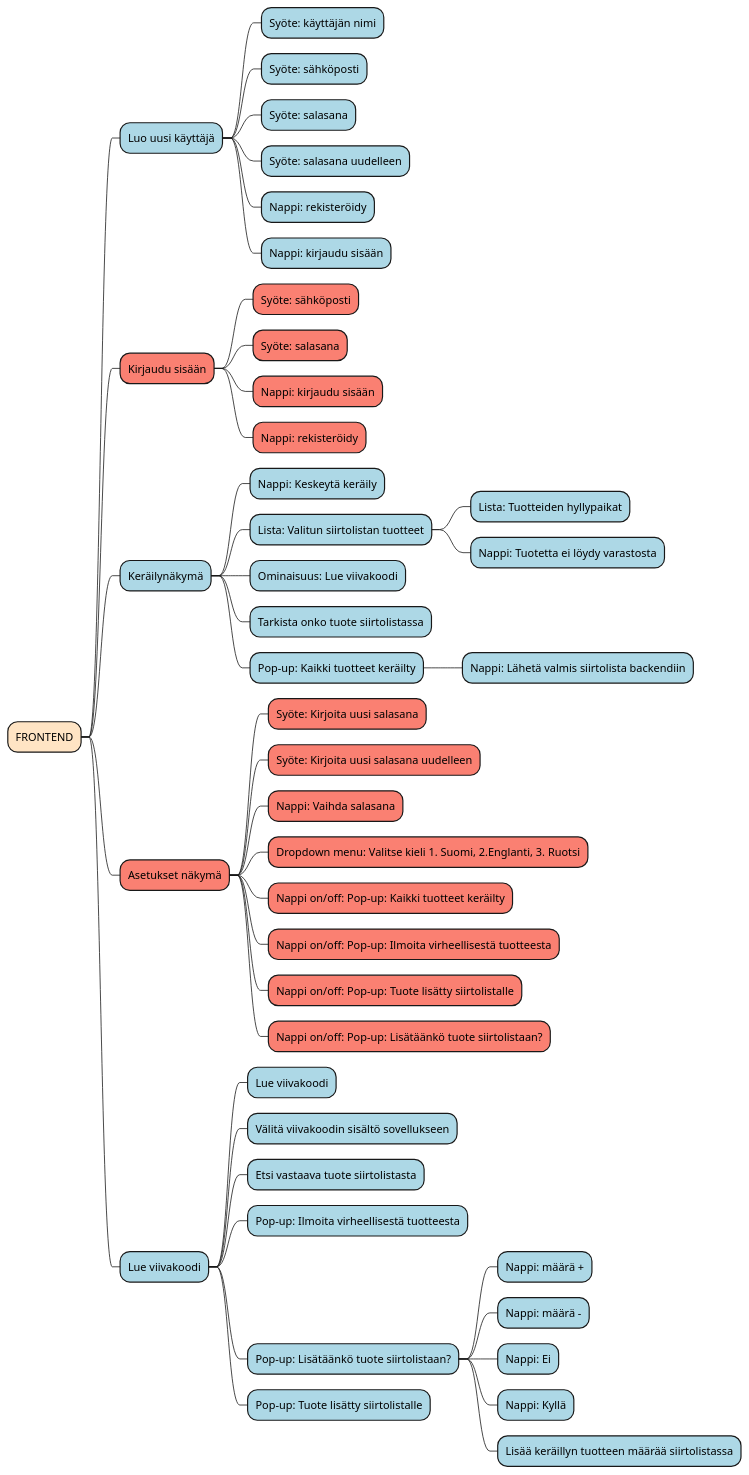
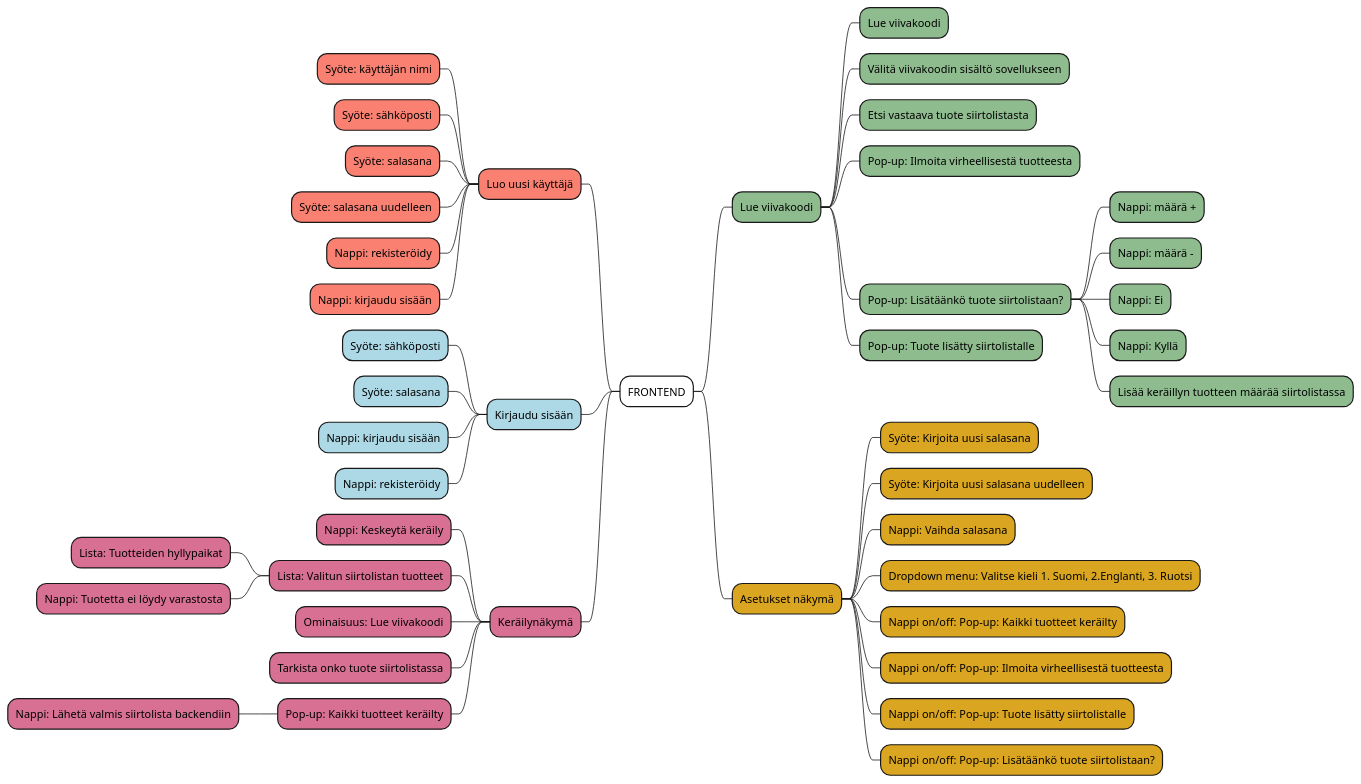
One commit to Pipe80/Varastonhallintasovellus changed the third of 4 diagrams in requirements/vaatimusmaarittely.md. Above: the diagram before and after it, drawn with PlantUML. The commit also changed other lines of this file, not shown here.

Commit message:
Turned backend and frontend mindmaps one sided to two sided

````diff
--- a/requirements/vaatimusmaarittely.md
+++ b/requirements/vaatimusmaarittely.md
@@ -186,47 +186,47 @@
 ```plantuml
 @startmindmap
-+[#Bisque] FRONTEND
-++[#LightBlue] Luo uusi käyttäjä
-+++[#LightBlue] Syöte: käyttäjän nimi
-+++[#LightBlue] Syöte: sähköposti
-+++[#LightBlue] Syöte: salasana
-+++[#LightBlue] Syöte: salasana uudelleen
-+++[#LightBlue] Nappi: rekisteröidy
-+++[#LightBlue] Nappi: kirjaudu sisään
-++[#Salmon] Kirjaudu sisään
-+++[#Salmon] Syöte: sähköposti
-+++[#Salmon] Syöte: salasana
-+++[#Salmon] Nappi: kirjaudu sisään
-+++[#Salmon] Nappi: rekisteröidy
-++[#LightBlue] Keräilynäkymä
-+++[#LightBlue] Nappi: Keskeytä keräily
-+++[#LightBlue] Lista: Valitun siirtolistan tuotteet
-++++[#LightBlue] Lista: Tuotteiden hyllypaikat
-++++[#LightBlue] Nappi: Tuotetta ei löydy varastosta
-+++[#LightBlue] Ominaisuus: Lue viivakoodi
-+++[#LightBlue] Tarkista onko tuote siirtolistassa
-+++[#LightBlue] Pop-up: Kaikki tuotteet keräilty
-++++[#LightBlue] Nappi: Lähetä valmis siirtolista backendiin
-++[#Salmon] Asetukset näkymä
-+++[#Salmon] Syöte: Kirjoita uusi salasana
-+++[#Salmon] Syöte: Kirjoita uusi salasana uudelleen
-+++[#Salmon] Nappi: Vaihda salasana
-+++[#Salmon] Dropdown menu: Valitse kieli 1. Suomi, 2.Englanti, 3. Ruotsi
-+++[#Salmon] Nappi on/off: Pop-up: Kaikki tuotteet keräilty
-+++[#Salmon] Nappi on/off: Pop-up: Ilmoita virheellisestä tuotteesta
-+++[#Salmon] Nappi on/off: Pop-up: Tuote lisätty siirtolistalle
-+++[#Salmon] Nappi on/off: Pop-up: Lisätäänkö tuote siirtolistaan?
-++[#LightBlue] Lue viivakoodi
-+++[#LightBlue] Lue viivakoodi
-+++[#LightBlue] Välitä viivakoodin sisältö sovellukseen
-+++[#LightBlue] Etsi vastaava tuote siirtolistasta
-+++[#LightBlue] Pop-up: Ilmoita virheellisestä tuotteesta
-+++[#LightBlue] Pop-up: Lisätäänkö tuote siirtolistaan?
-++++[#LightBlue] Nappi: määrä +
-++++[#LightBlue] Nappi: määrä -
-++++[#LightBlue] Nappi: Ei
-++++[#LightBlue] Nappi: Kyllä
-++++[#LightBlue] Lisää keräillyn tuotteen määrää siirtolistassa
-+++[#LightBlue] Pop-up: Tuote lisätty siirtolistalle
++[#White] FRONTEND
+--[#Salmon] Luo uusi käyttäjä
+---[#Salmon] Syöte: käyttäjän nimi
+---[#Salmon] Syöte: sähköposti
+---[#Salmon] Syöte: salasana
+---[#Salmon] Syöte: salasana uudelleen
+---[#Salmon] Nappi: rekisteröidy
+---[#Salmon] Nappi: kirjaudu sisään
+--[#LightBlue] Kirjaudu sisään
+---[#LightBlue] Syöte: sähköposti
+---[#LightBlue] Syöte: salasana
+---[#LightBlue] Nappi: kirjaudu sisään
+---[#LightBlue] Nappi: rekisteröidy
+--[#PaleVioletRed] Keräilynäkymä
+---[#PaleVioletRed] Nappi: Keskeytä keräily
+---[#PaleVioletRed] Lista: Valitun siirtolistan tuotteet
+----[#PaleVioletRed] Lista: Tuotteiden hyllypaikat
+----[#PaleVioletRed] Nappi: Tuotetta ei löydy varastosta
+---[#PaleVioletRed] Ominaisuus: Lue viivakoodi
+---[#PaleVioletRed] Tarkista onko tuote siirtolistassa
+---[#PaleVioletRed] Pop-up: Kaikki tuotteet keräilty
+----[#PaleVioletRed] Nappi: Lähetä valmis siirtolista backendiin
+++[#DarkSeaGreen] Lue viivakoodi
++++[#DarkSeaGreen] Lue viivakoodi
++++[#DarkSeaGreen] Välitä viivakoodin sisältö sovellukseen
++++[#DarkSeaGreen] Etsi vastaava tuote siirtolistasta
++++[#DarkSeaGreen] Pop-up: Ilmoita virheellisestä tuotteesta
++++[#DarkSeaGreen] Pop-up: Lisätäänkö tuote siirtolistaan?
+++++[#DarkSeaGreen] Nappi: määrä +
+++++[#DarkSeaGreen] Nappi: määrä -
+++++[#DarkSeaGreen] Nappi: Ei
+++++[#DarkSeaGreen] Nappi: Kyllä
+++++[#DarkSeaGreen] Lisää keräillyn tuotteen määrää siirtolistassa
++++[#DarkSeaGreen] Pop-up: Tuote lisätty siirtolistalle
+++[#GoldenRod] Asetukset näkymä
++++[#GoldenRod] Syöte: Kirjoita uusi salasana
++++[#GoldenRod] Syöte: Kirjoita uusi salasana uudelleen
++++[#GoldenRod] Nappi: Vaihda salasana
++++[#GoldenRod] Dropdown menu: Valitse kieli 1. Suomi, 2.Englanti, 3. Ruotsi
++++[#GoldenRod] Nappi on/off: Pop-up: Kaikki tuotteet keräilty
++++[#GoldenRod] Nappi on/off: Pop-up: Ilmoita virheellisestä tuotteesta
++++[#GoldenRod] Nappi on/off: Pop-up: Tuote lisätty siirtolistalle
++++[#GoldenRod] Nappi on/off: Pop-up: Lisätäänkö tuote siirtolistaan?
 @endmindmap
 ```
````
